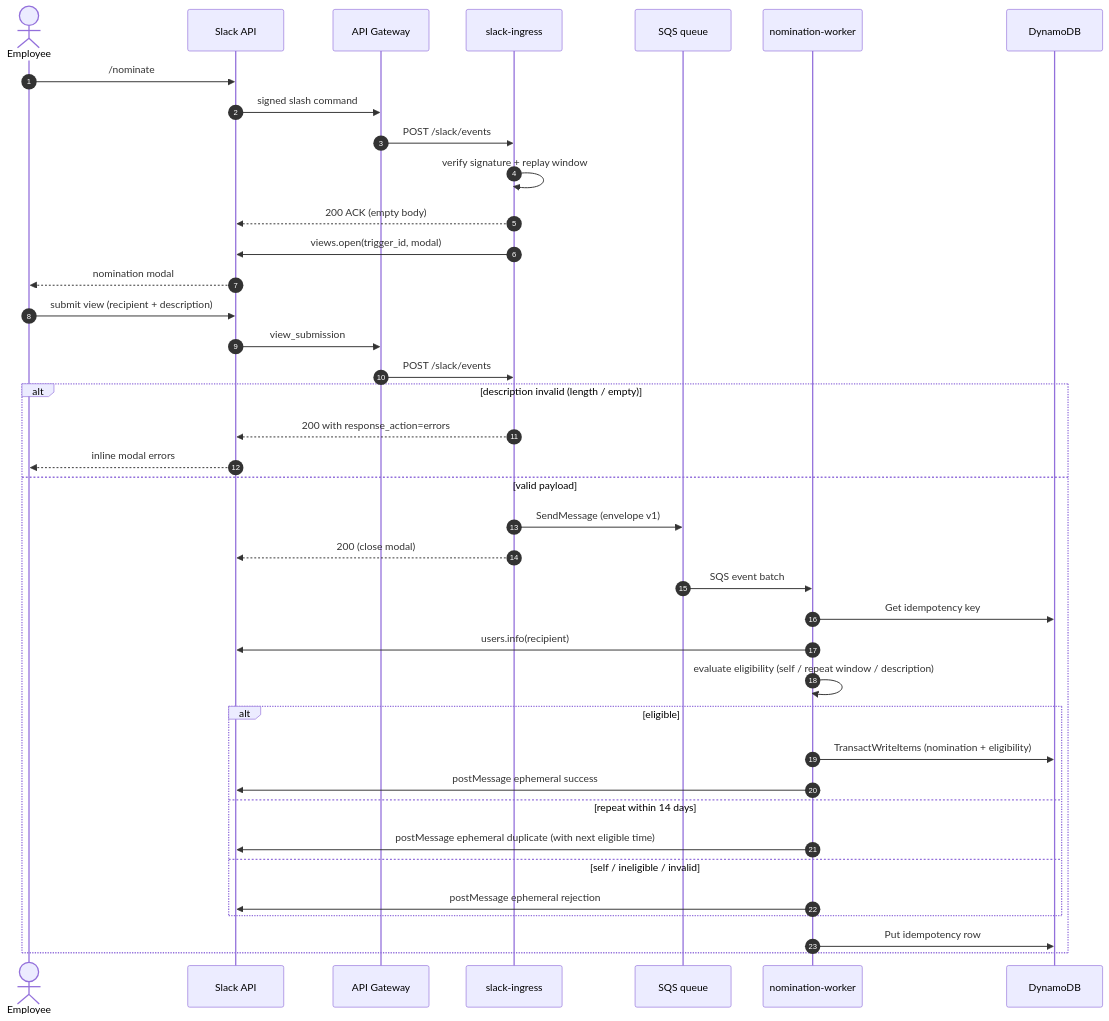
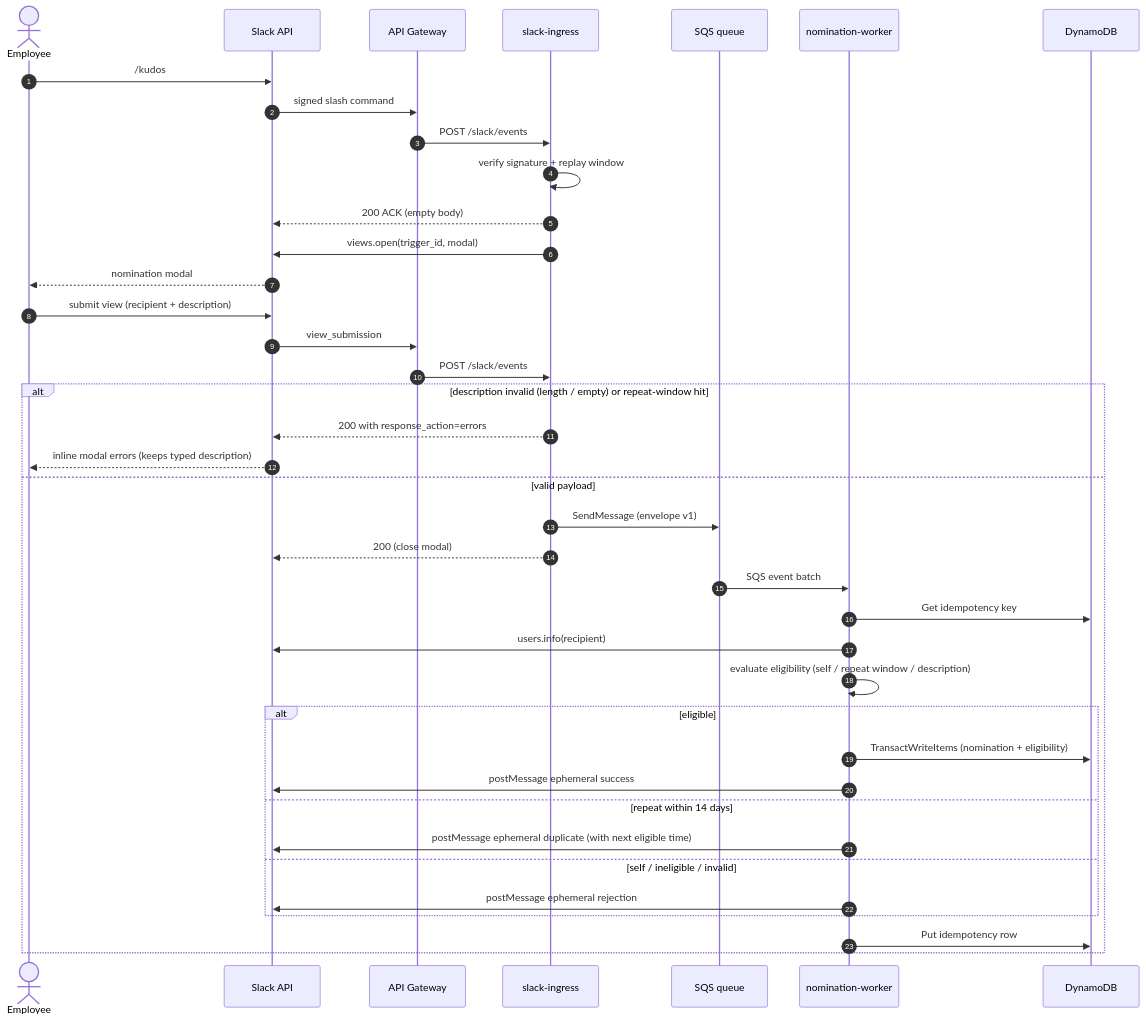
The diagram in docs/03-slack-app-design.md (youngvz/nominate-slackbot), drawn with Mermaid before and after one commit. The commit also changed other lines of this file and 66 other files, not shown here.

````diff
--- a/docs/03-slack-app-design.md
+++ b/docs/03-slack-app-design.md
@@ -20,47 +21,47 @@
 ```mermaid
 sequenceDiagram
     autonumber
     actor Employee
     participant Slack as Slack API
     participant APIGW as API Gateway
     participant Ingress as slack-ingress
     participant SQS as SQS queue
     participant Worker as nomination-worker
     participant DDB as DynamoDB
 
-    Employee->>Slack: /nominate
+    Employee->>Slack: /kudos
     Slack->>APIGW: signed slash command
     APIGW->>Ingress: POST /slack/events
     Ingress->>Ingress: verify signature + replay window
     Ingress-->>Slack: 200 ACK (empty body)
     Ingress->>Slack: views.open(trigger_id, modal)
     Slack-->>Employee: nomination modal
 
     Employee->>Slack: submit view (recipient + description)
     Slack->>APIGW: view_submission
     APIGW->>Ingress: POST /slack/events
 
-    alt description invalid (length / empty)
+    alt description invalid (length / empty) or repeat-window hit
         Ingress-->>Slack: 200 with response_action=errors
-        Slack-->>Employee: inline modal errors
+        Slack-->>Employee: inline modal errors (keeps typed description)
     else valid payload
         Ingress->>SQS: SendMessage (envelope v1)
         Ingress-->>Slack: 200 (close modal)
 
         SQS->>Worker: SQS event batch
         Worker->>DDB: Get idempotency key
         Worker->>Slack: users.info(recipient)
         Worker->>Worker: evaluate eligibility (self / repeat window / description)
 
         alt eligible
             Worker->>DDB: TransactWriteItems (nomination + eligibility)
             Worker->>Slack: postMessage ephemeral success
         else repeat within 14 days
             Worker->>Slack: postMessage ephemeral duplicate (with next eligible time)
         else self / ineligible / invalid
             Worker->>Slack: postMessage ephemeral rejection
         end
 
         Worker->>DDB: Put idempotency row
     end
 ```
````
